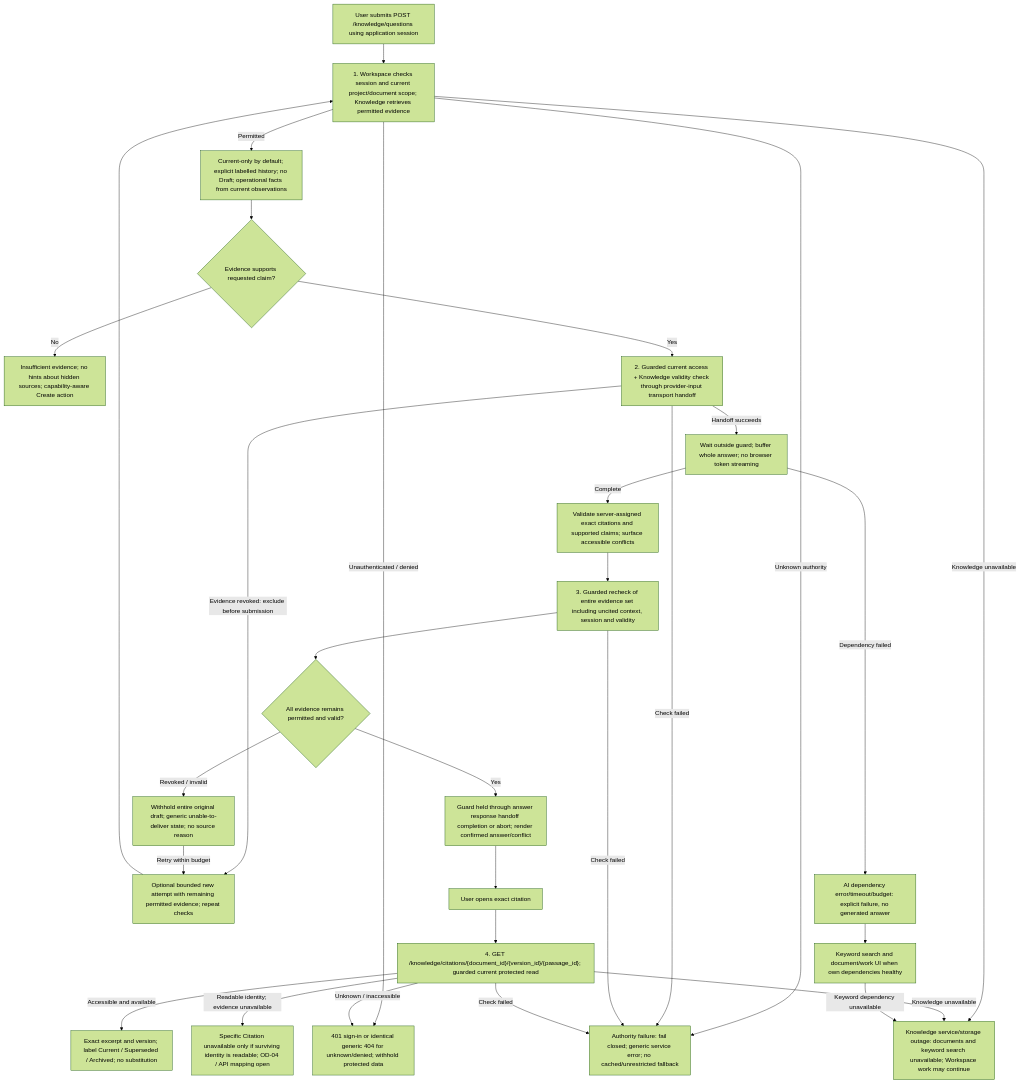
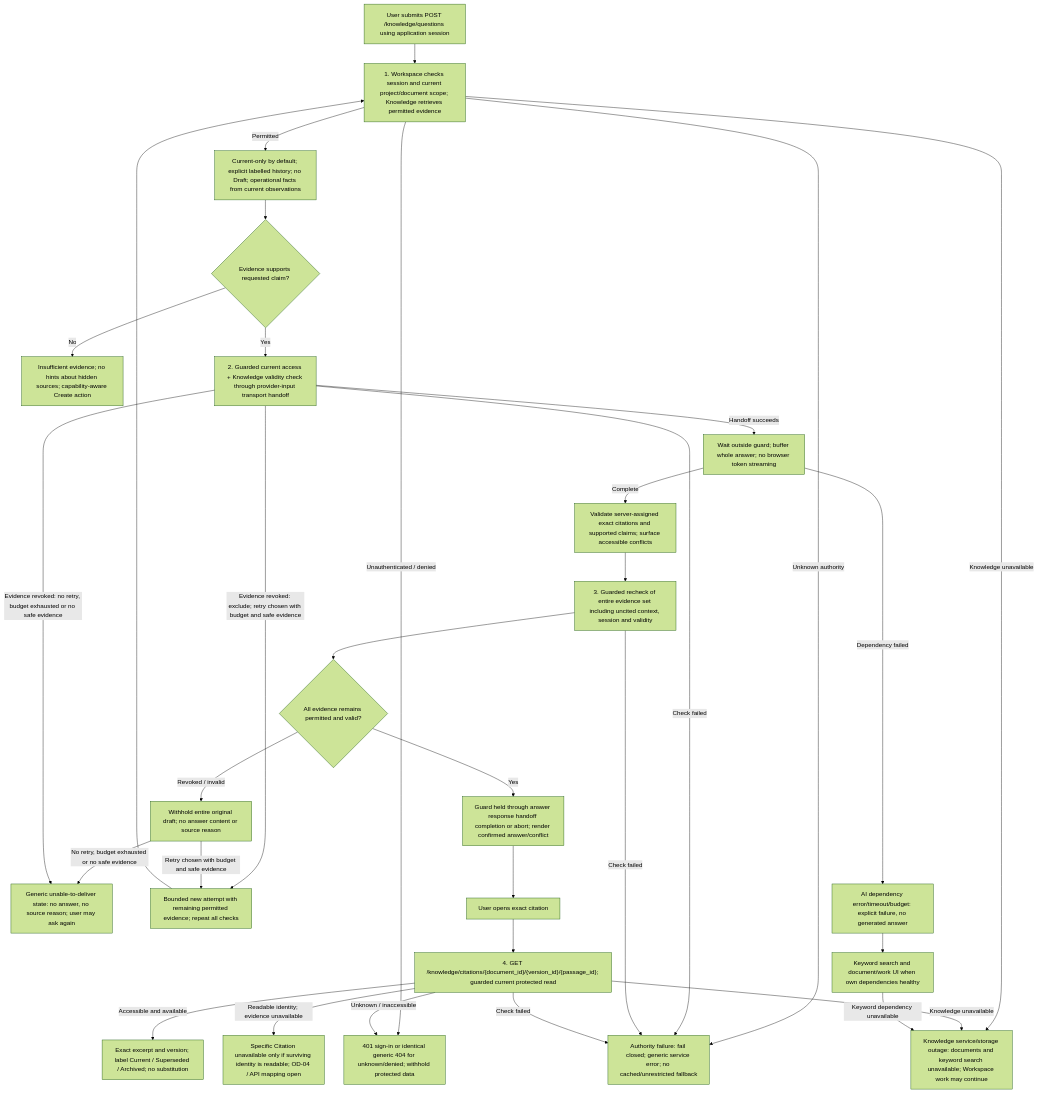
Before and after one commit to 900M100CK/scrum-workspace-KMS-ai: the diagram in docs/sdlc/diagrams/flowchart/ai-qa-flow.mmd, drawn with Mermaid (forest theme). The commit also changed 10 other files, not shown here.

First line of the commit message:
docs(diagrams): add retry exits and restore board filters

```diff
--- a/docs/sdlc/diagrams/flowchart/ai-qa-flow.mmd
+++ b/docs/sdlc/diagrams/flowchart/ai-qa-flow.mmd
@@ -1,56 +1,59 @@
-%% DGM-FLOW-01 v0.2 Draft - 11 October 2026
+%% DGM-FLOW-01 v0.3 Draft - 12 October 2026
 %% Sources: PRD-01 v0.4; UC-02 v0.2; SAD-03 v0.5; Proposed ADR-0001 v0.2 / ADR-0006 v0.1; OpenAPI v0.1.0
 %% Trace: FR-18-FR-30, FR-33-FR-34, FR-46, FR-53-FR-55, FR-59-FR-61, FR-69; SC-02, SC-03, SC-05-SC-08
 %% UX / server responsibilities are labelled. API keys are relative to /api. Policy and runtime evidence remain unapproved.
 flowchart TD
+    Unable["Generic unable-to-deliver state: no answer, no source reason; user may ask again"]
     Start["User submits POST /knowledge/questions using application session"]
     Read["1. Workspace checks session and current project/document scope; Knowledge retrieves permitted evidence"]
     Scope["Current-only by default; explicit labelled history; no Draft; operational facts from current observations"]
     Enough{"Evidence supports requested claim?"}
     Insufficient["Insufficient evidence; no hints about hidden sources; capability-aware Create action"]
     Provider["2. Guarded current access + Knowledge validity check through provider-input transport handoff"]
     Generate["Wait outside guard; buffer whole answer; no browser token streaming"]
     Validate["Validate server-assigned exact citations and supported claims; surface accessible conflicts"]
     Delivery["3. Guarded recheck of entire evidence set including uncited context, session and validity"]
     Safe{"All evidence remains permitted and valid?"}
-    Withhold["Withhold entire original draft; generic unable-to-deliver state; no source reason"]
-    Retry["Optional bounded new attempt with remaining permitted evidence; repeat checks"]
+    Withhold["Withhold entire original draft; no answer content or source reason"]
+    Retry["Bounded new attempt with remaining permitted evidence; repeat all checks"]
     Answer["Guard held through answer response handoff completion or abort; render confirmed answer/conflict"]
     Click["User opens exact citation"]
     Citation["4. GET /knowledge/citations/{document_id}/{version_id}/{passage_id}; guarded current protected read"]
     Inspect["Exact excerpt and version; label Current / Superseded / Archived; no substitution"]
     Unavailable["Specific Citation unavailable only if surviving identity is readable; OD-04 / API mapping open"]
     Denied["401 sign-in or identical generic 404 for unknown/denied; withhold protected data"]
     Authority["Authority failure: fail closed; generic service error; no cached/unrestricted fallback"]
     AIError["AI dependency error/timeout/budget: explicit failure, no generated answer"]
     Fallback["Keyword search and document/work UI when own dependencies healthy"]
     KnowledgeError["Knowledge service/storage outage: documents and keyword search unavailable; Workspace work may continue"]
     Start --> Read
     Read -->|Permitted| Scope
     Read -->|Unauthenticated / denied| Denied
     Read -->|Unknown authority| Authority
     Scope --> Enough
     Enough -->|No| Insufficient
     Enough -->|Yes| Provider
     Provider -->|Handoff succeeds| Generate
-    Provider -->|Evidence revoked: exclude before submission| Retry
+    Provider -->|Evidence revoked: exclude; retry chosen with budget and safe evidence| Retry
     Provider -->|Check failed| Authority
     Generate -->|Complete| Validate
     Generate -->|Dependency failed| AIError
     Validate --> Delivery
     Delivery --> Safe
     Safe -->|Yes| Answer
     Safe -->|Revoked / invalid| Withhold
     Delivery -->|Check failed| Authority
-    Withhold -->|Retry within budget| Retry
+    Withhold -->|Retry chosen with budget and safe evidence| Retry
     Retry --> Read
     Answer --> Click
     Click --> Citation
     Citation -->|Accessible and available| Inspect
     Citation -->|Readable identity; evidence unavailable| Unavailable
     Citation -->|Unknown / inaccessible| Denied
     Citation -->|Check failed| Authority
     AIError --> Fallback
     Read -->|Knowledge unavailable| KnowledgeError
     Citation -->|Knowledge unavailable| KnowledgeError
     Fallback -->|Keyword dependency unavailable| KnowledgeError
+    Withhold -->|No retry, budget exhausted or no safe evidence| Unable
+    Provider -->|Evidence revoked: no retry, budget exhausted or no safe evidence| Unable
```
